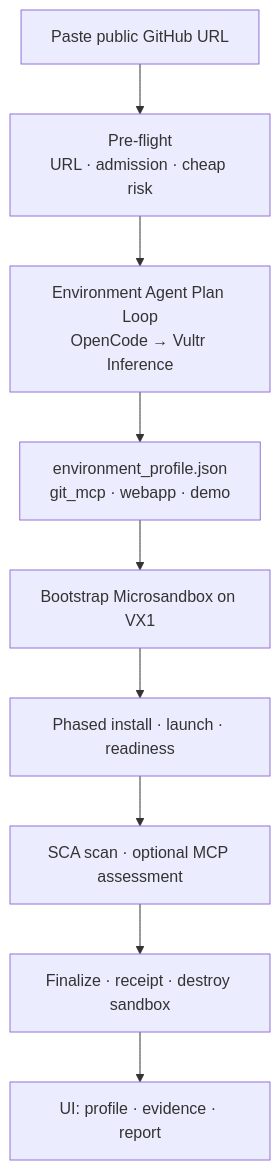
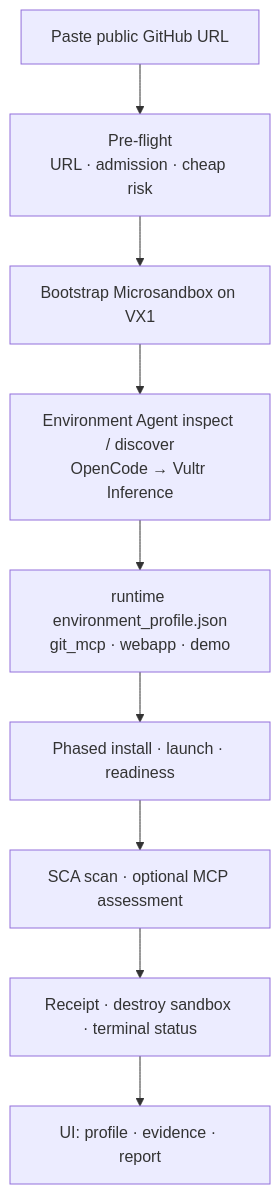
The second of 7 diagrams in README.md (ludvigodin/killhub), drawn with Mermaid before and after one commit. The commit also changed other lines of this file and 25 other files, not shown here.

Commit message:
Refine AGENTS.md, API.md, ARCHITECTURE.md, DATABASE.md, and IMPLEMENTATION files to enhance clarity on job lifecycle management

````diff
--- a/README.md
+++ b/README.md
@@ -49,11 +49,11 @@
 ```mermaid
 flowchart TB
   U["Paste public GitHub URL"] --> P["Pre-flight<br/>URL · admission · cheap risk"]
-  P --> A["Environment Agent Plan Loop<br/>OpenCode → Vultr Inference"]
-  A --> F["environment_profile.json<br/>git_mcp · webapp · demo"]
-  F --> V["Bootstrap Microsandbox on VX1"]
-  V --> I["Phased install · launch · readiness"]
+  P --> V["Bootstrap Microsandbox on VX1"]
+  V --> A["Environment Agent inspect / discover<br/>OpenCode → Vultr Inference"]
+  A --> F["runtime environment_profile.json<br/>git_mcp · webapp · demo"]
+  F --> I["Phased install · launch · readiness"]
   I --> S["SCA scan · optional MCP assessment"]
-  S --> R["Finalize · receipt · destroy sandbox"]
+  S --> R["Receipt · destroy sandbox · terminal status"]
   R --> UI["UI: profile · evidence · report"]
 ```
````
